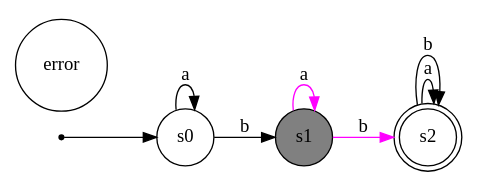
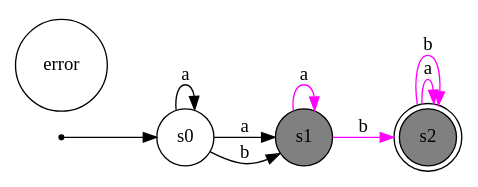
The diagram in dotfiles/arq_3.dot (lukaz-r/AFD-animator), drawn with Graphviz before and after one commit. The commit also changed 19 other files, not shown here.

```diff
--- a/dotfiles/arq_3.dot
+++ b/dotfiles/arq_3.dot
@@ -1,19 +1,21 @@
 digraph maquina_de_estados { 
 	rankdir=LR;
 	size="10"
 	node [shape = doublecircle];
 	s2
 	node [shape = point];
 	p
 	node [shape = circle];
 	error [style=filled, fillcolor=white];
 	p -> s0
 	node [shape = circle];
+	s2[style=filled, fillcolor=gray]
 	s1[style=filled, fillcolor=gray]
 	s0 -> s0[label = "a"][color=black];
+	s0 -> s1[label = "a"][color=black];
 	s0 -> s1[label = "b"][color=black];
 	s1 -> s1[label = "a"][color=magenta];
 	s1 -> s2[label = "b"][color=magenta];
-	s2 -> s2[label = "a"][color=black];
-	s2 -> s2[label = "b"][color=black];
+	s2 -> s2[label = "a"][color=magenta];
+	s2 -> s2[label = "b"][color=magenta];
 	}
```
